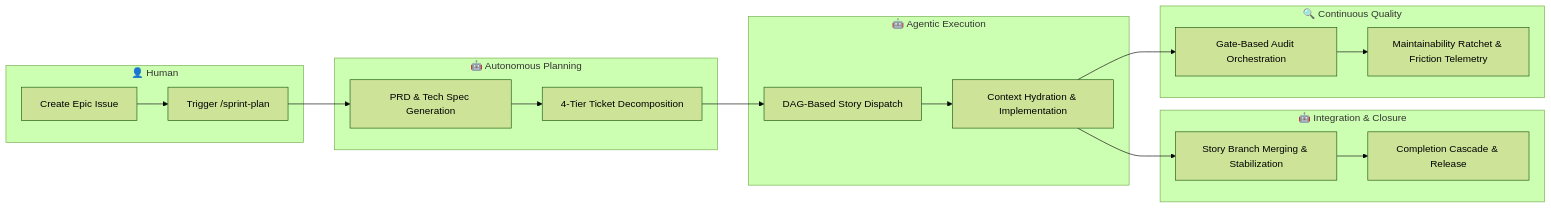
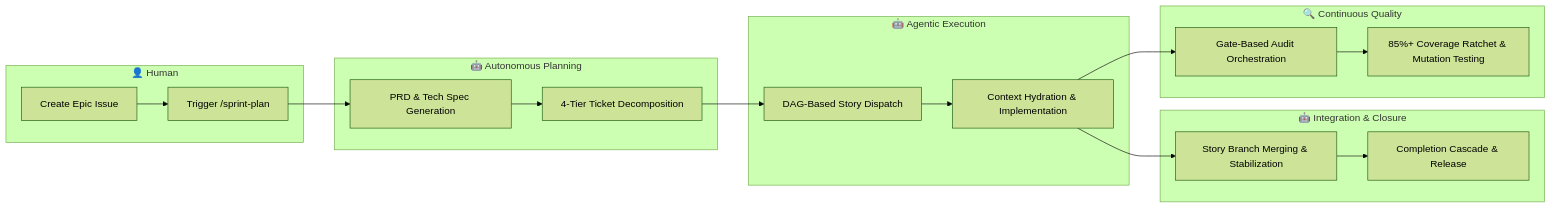
One commit to dsj1984/agent-protocols changed the diagram in README.md. Above: the diagram before and after it, drawn with Mermaid (forest theme). The commit also changed other lines of this file and 1 other file, not shown here.

Commit message:
docs: update README and CHANGELOG for v5.2.0 coverage/mutation milestone

````diff
--- a/README.md
+++ b/README.md
@@ -10,30 +10,30 @@
 ```mermaid
 graph LR
     subgraph Human ["👤 Human"]
         A["Create Epic Issue"]
         B["Trigger /sprint-plan"]
     end
 
     subgraph Planning ["🤖 Autonomous Planning"]
         C["PRD & Tech Spec Generation"]
         D["4-Tier Ticket Decomposition"]
     end
 
     subgraph Execution ["🤖 Agentic Execution"]
         E["DAG-Based Story Dispatch"]
         F["Context Hydration & Implementation"]
     end
 
     subgraph Closure ["🤖 Integration & Closure"]
         G["Story Branch Merging & Stabilization"]
         H["Completion Cascade & Release"]
     end
 
     subgraph Quality ["🔍 Continuous Quality"]
         I["Gate-Based Audit Orchestration"]
-        J["Maintainability Ratchet & Friction Telemetry"]
+        J["85%+ Coverage Ratchet & Mutation Testing"]
     end
 
     A --> B --> C --> D --> E --> F --> G --> H
     F --> I --> J
 ```
````
